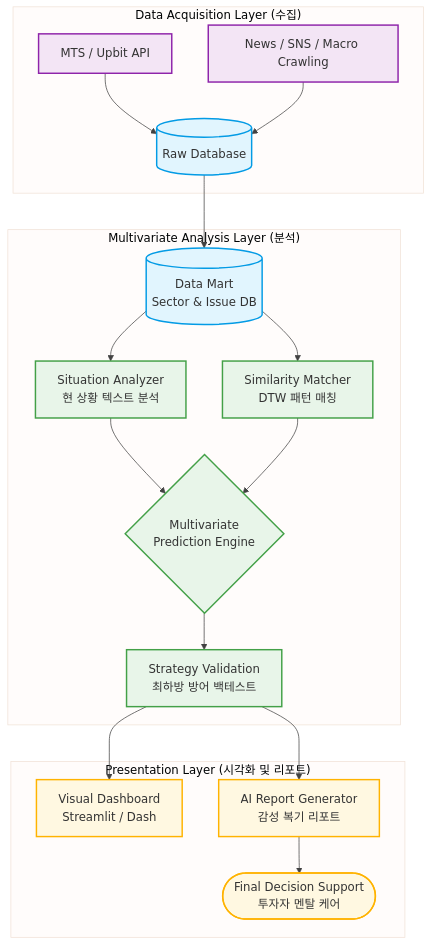
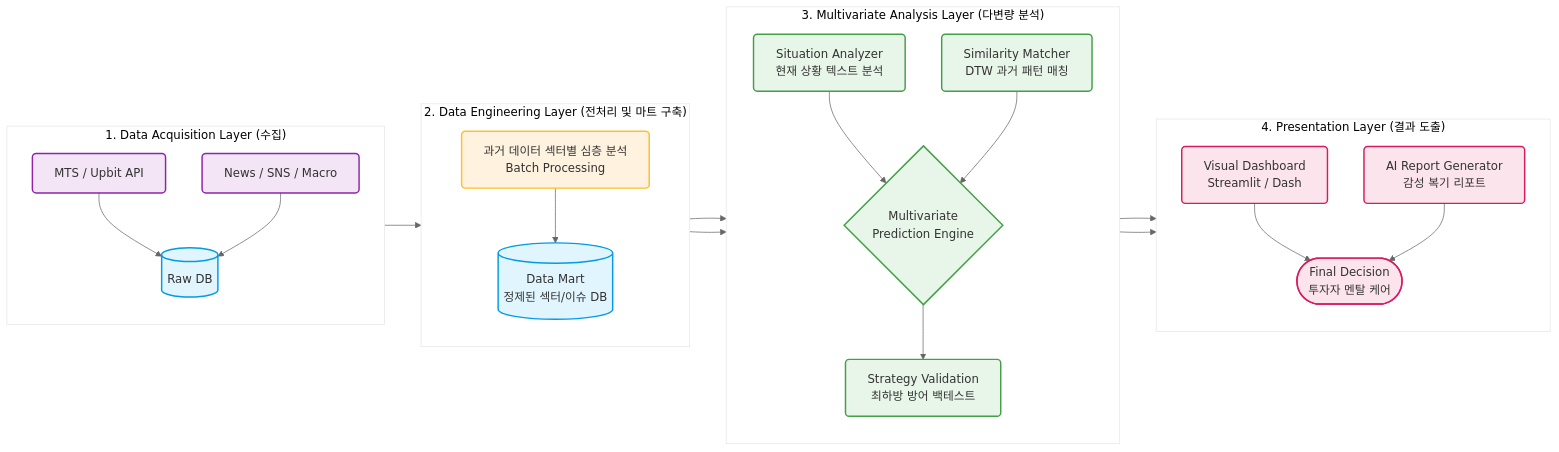
One commit to tabjun/personal_ai_project changed the diagram in stock/README.md. Above: the diagram before and after it, drawn with Mermaid.

````diff
--- a/stock/README.md
+++ b/stock/README.md
@@ -16,28 +16,40 @@
 ```mermaid
-%%{init: {'theme': 'base', 'themeVariables': { 'primaryColor': '#e3f2fd', 'primaryBorderColor': '#1e88e5', 'lineColor': '#424242', 'fontFamily': 'sans-serif'}}}%%
-graph TD
-    classDef dataLayer fill:#f3e5f5,stroke:#8e24aa,stroke-width:2px;
-    classDef analysisLayer fill:#e8f5e9,stroke:#43a047,stroke-width:2px;
-    classDef presentLayer fill:#fff8e1,stroke:#ffb300,stroke-width:2px;
-    classDef storage fill:#e1f5fe,stroke:#039be5,stroke-width:2px,shape:cylinder;
+%%{init: {'theme': 'base', 'themeVariables': { 'primaryColor': '#ffffff', 'primaryBorderColor': '#333333', 'lineColor': '#666666', 'fontFamily': 'sans-serif'}}}%%
+graph LR
+    classDef data fill:#f3e5f5,stroke:#8e24aa,stroke-width:2px,rx:5px,ry:5px;
+    classDef db fill:#e1f5fe,stroke:#039be5,stroke-width:2px,rx:5px,ry:5px;
+    classDef proc fill:#fff3e0,stroke:#fbc02d,stroke-width:2px,rx:5px,ry:5px;
+    classDef engine fill:#e8f5e9,stroke:#43a047,stroke-width:2px,rx:5px,ry:5px;
+    classDef ui fill:#fce4ec,stroke:#d81b60,stroke-width:2px,rx:5px,ry:5px;
 
-    subgraph "Data Acquisition Layer (수집)"
-        A1[MTS / Upbit API]:::dataLayer --> B1
-        A2[News / SNS / Macro Crawling]:::dataLayer --> B1
+    subgraph Layer1 ["1. Data Acquisition Layer (수집)"]
+        direction TB
+        A1[MTS / Upbit API]:::data
+        A2[News / SNS / Macro]:::data
+        A1 --> B1[(Raw DB)]:::db
+        A2 --> B1
     end
 
-    B1[(Raw Database)]:::storage --> C1[(Data Mart \n Sector & Issue DB)]:::storage
-
-    subgraph "Multivariate Analysis Layer (분석)"
-        C1 --> D1[Situation Analyzer \n 현 상황 텍스트 분석]:::analysisLayer
-        C1 --> D2[Similarity Matcher \n DTW 패턴 매칭]:::analysisLayer
-        D1 & D2 --> E1{Multivariate \n Prediction Engine}:::analysisLayer
-        E1 --> F1[Strategy Validation \n 최하방 방어 백테스트]:::analysisLayer
+    subgraph Layer2 ["2. Data Engineering Layer (전처리 및 마트 구축)"]
+        direction TB
+        B1 --> C1[과거 데이터 섹터별 심층 분석<br/>Batch Processing]:::proc
+        C1 --> C2[(Data Mart<br/>정제된 섹터/이슈 DB)]:::db
     end
 
-    subgraph "Presentation Layer (시각화 및 리포트)"
-        F1 --> G1[Visual Dashboard \n Streamlit / Dash]:::presentLayer
-        F1 --> G2[AI Report Generator \n 감성 복기 리포트]:::presentLayer
-        G2 --> H1([Final Decision Support \n 투자자 멘탈 케어]):::presentLayer
+    subgraph Layer3 ["3. Multivariate Analysis Layer (다변량 분석)"]
+        direction TB
+        C2 --> D1[Situation Analyzer<br/>현재 상황 텍스트 분석]:::engine
+        C2 --> D2[Similarity Matcher<br/>DTW 과거 패턴 매칭]:::engine
+        D1 --> E1{Multivariate<br/>Prediction Engine}:::engine
+        D2 --> E1
+        E1 --> F1[Strategy Validation<br/>최하방 방어 백테스트]:::engine
+    end
+
+    subgraph Layer4 ["4. Presentation Layer (결과 도출)"]
+        direction TB
+        F1 --> G1[Visual Dashboard<br/>Streamlit / Dash]:::ui
+        F1 --> G2[AI Report Generator<br/>감성 복기 리포트]:::ui
+        G1 --> H1([Final Decision<br/>투자자 멘탈 케어]):::ui
+        G2 --> H1
     end
 ```
````
